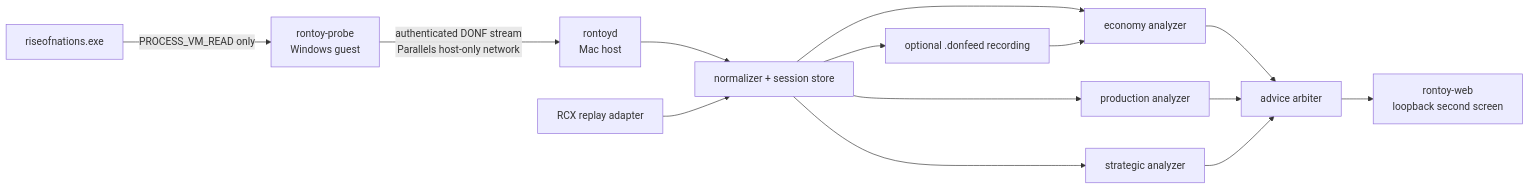
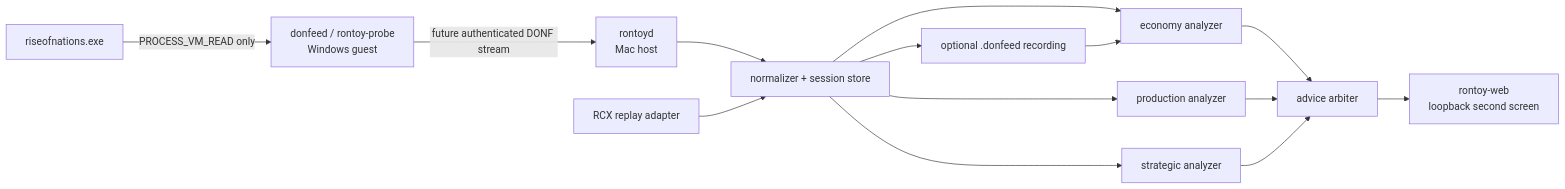
Before and after one commit to emberian/don: the diagram in docs/tracks/rontoy.md, drawn with Mermaid. The commit also changed other lines of this file and 5 other files, not shown here.

````diff
--- a/docs/tracks/rontoy.md
+++ b/docs/tracks/rontoy.md
@@ -71,16 +69,16 @@
 ```mermaid
 flowchart LR
-    R["riseofnations.exe"] -->|"PROCESS_VM_READ only"| P["rontoy-probe<br/>Windows guest"]
-    P -->|"authenticated DONF stream<br/>Parallels host-only network"| D["rontoyd<br/>Mac host"]
+    R["riseofnations.exe"] -->|"PROCESS_VM_READ only"| P["donfeed / rontoy-probe<br/>Windows guest"]
+    P -->|"future authenticated DONF stream"| D["rontoyd<br/>Mac host"]
     D --> N["normalizer + session store"]
     N --> E["economy analyzer"]
     N --> Q["production analyzer"]
     N --> S["strategic analyzer"]
     E --> A["advice arbiter"]
     Q --> A
     S --> A
     A --> U["rontoy-web<br/>loopback second screen"]
     N --> F["optional .donfeed recording"]
     F --> E
     X["RCX replay adapter"] --> N
 ```
````
